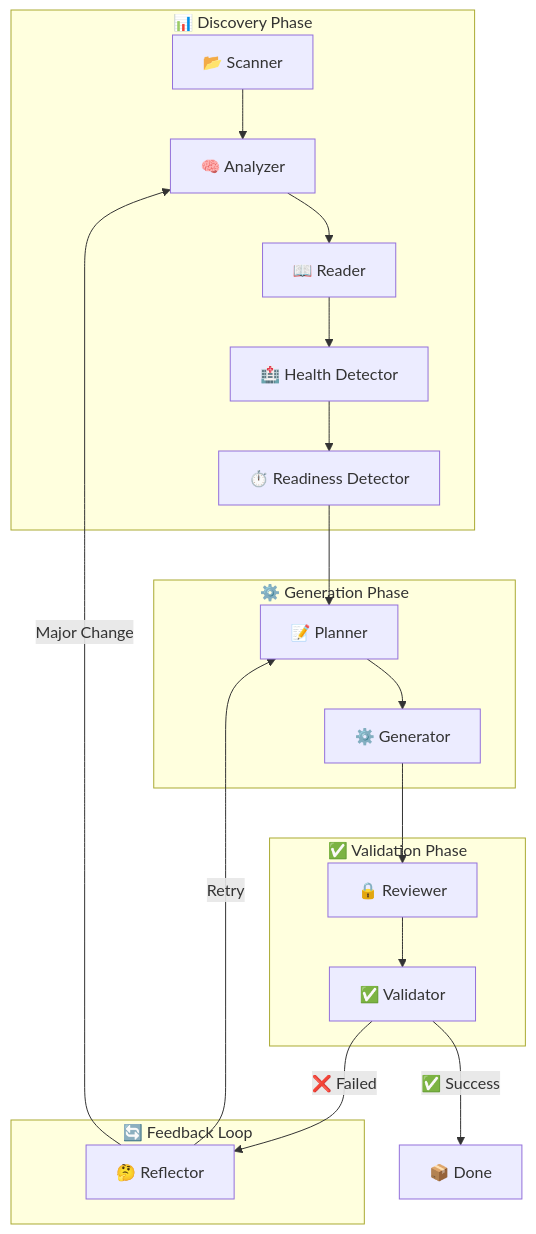
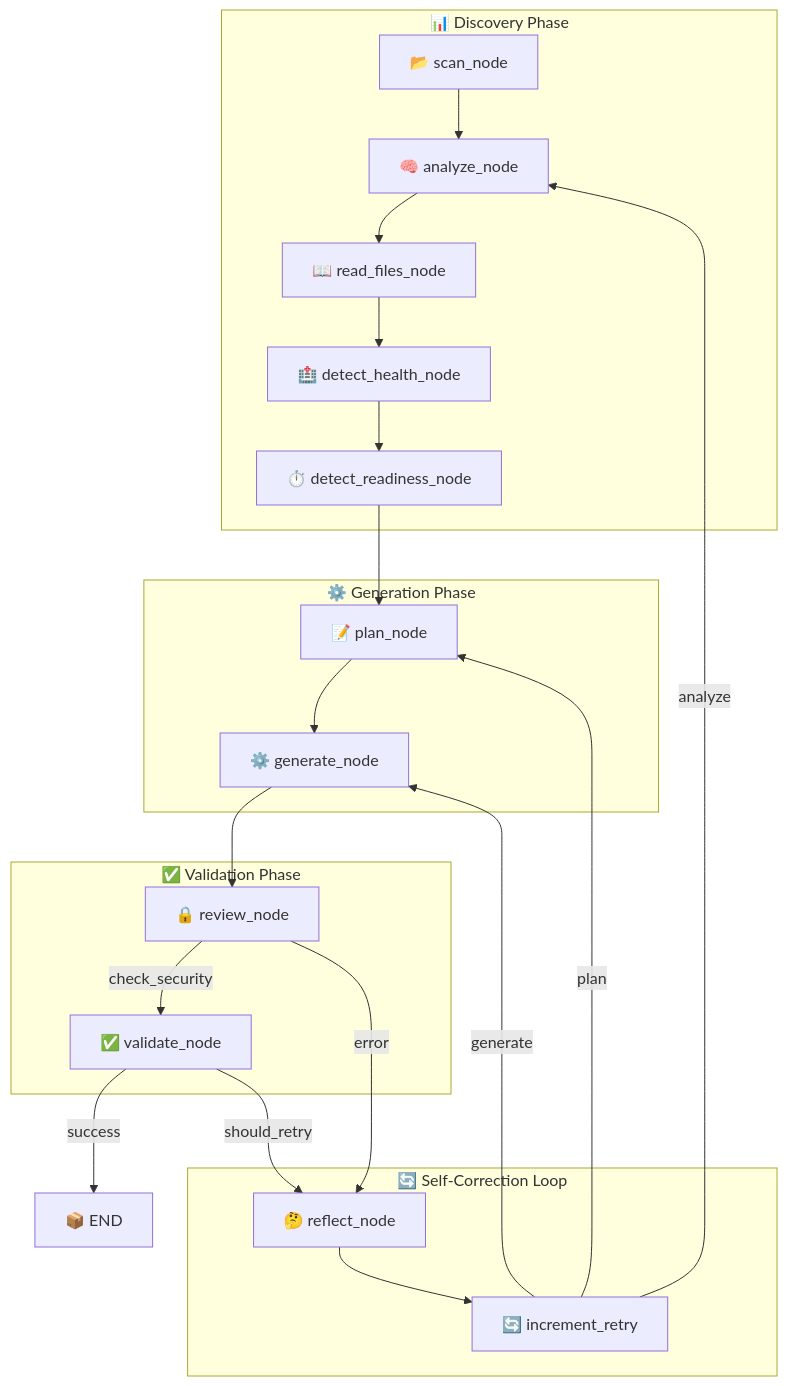
The diagram in docs/README.md (actions-marketplace-validations/itzzjb_dockai), drawn with Mermaid before and after one commit. The commit also changed other lines of this file and 3 other files, not shown here.

Commit message:
docs: Update workflow diagrams and MCP server documentation for clarity and accuracy

````diff
--- a/docs/README.md
+++ b/docs/README.md
@@ -192,32 +192,39 @@
 ```mermaid
 flowchart TB
     subgraph Discovery["📊 Discovery Phase"]
-        scan["📂 Scanner"]
-        analyze["🧠 Analyzer"]
-        read["📖 Reader"]
-        health["🏥 Health Detector"]
-        ready["⏱️ Readiness Detector"]
+        scan["📂 scan_node"]
+        analyze["🧠 analyze_node"]
+        read["📖 read_files_node"]
+        health["🏥 detect_health_node"]
+        ready["⏱️ detect_readiness_node"]
     end
     
     subgraph Generation["⚙️ Generation Phase"]
-        plan["📝 Planner"]
-        generate["⚙️ Generator"]
+        plan["📝 plan_node"]
+        generate["⚙️ generate_node"]
     end
     
     subgraph Validation["✅ Validation Phase"]
-        review["🔒 Reviewer"]
-        validate["✅ Validator"]
+        review["🔒 review_node"]
+        validate["✅ validate_node"]
     end
     
-    subgraph Feedback["🔄 Feedback Loop"]
-        reflect["🤔 Reflector"]
+    subgraph Feedback["🔄 Self-Correction Loop"]
+        reflect["🤔 reflect_node"]
+        increment["🔄 increment_retry"]
     end
     
     scan --> analyze --> read --> health --> ready --> plan
-    plan --> generate --> review --> validate
+    plan --> generate --> review
     
-    validate -->|"❌ Failed"| reflect
-    reflect -->|"Retry"| plan
-    reflect -->|"Major Change"| analyze
-    validate -->|"✅ Success"| done["📦 Done"]
+    review -->|"check_security"| validate
+    review -->|"error"| reflect
+    
+    validate -->|"success"| done["📦 END"]
+    validate -->|"should_retry"| reflect
+    
+    reflect --> increment
+    increment -->|"generate"| generate
+    increment -->|"plan"| plan  
+    increment -->|"analyze"| analyze
 ```
````
